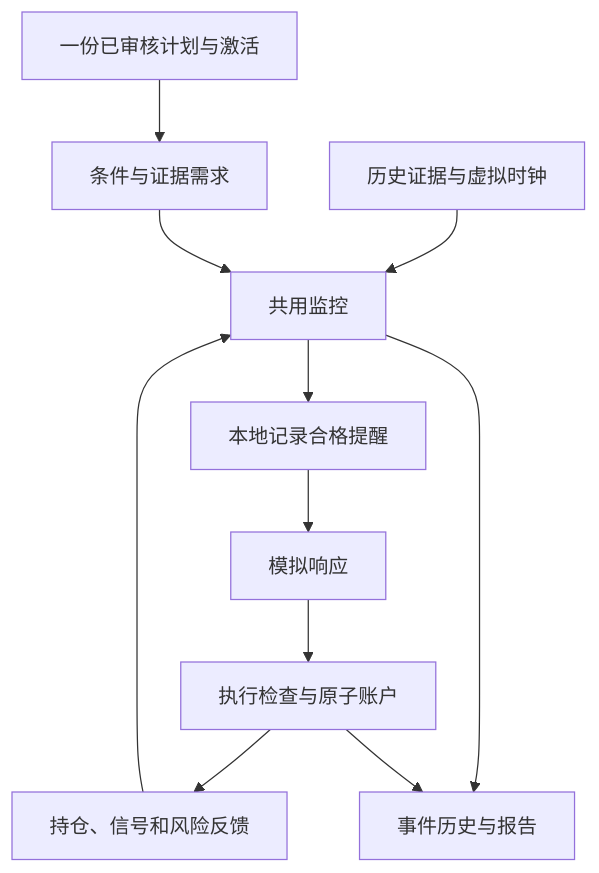
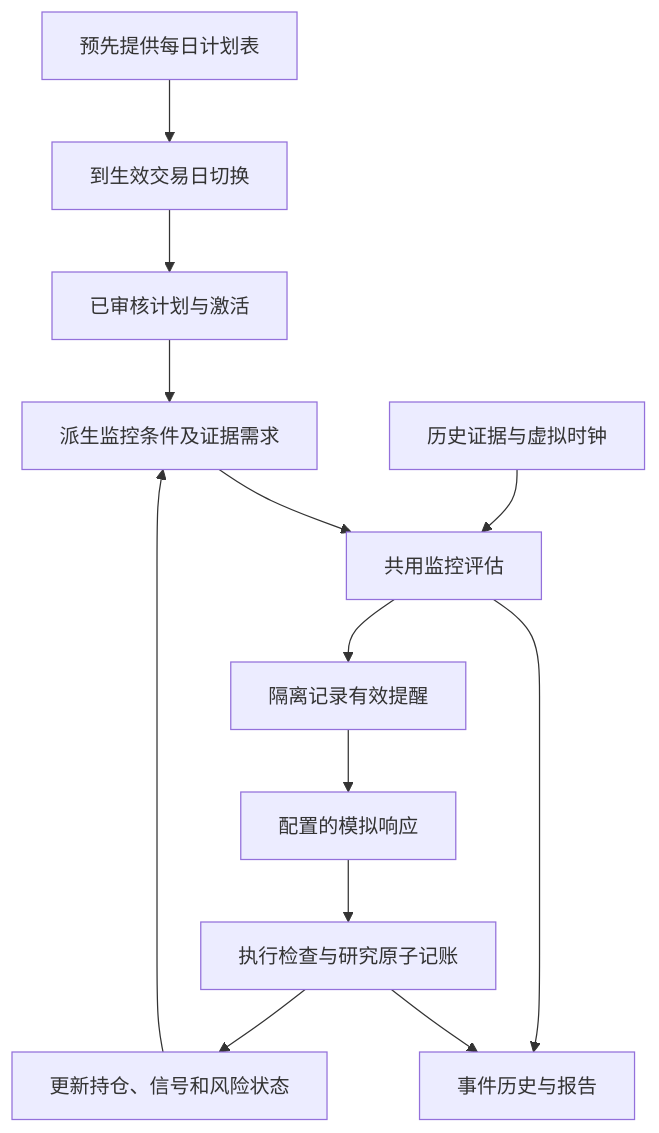
The diagram in docs/specifications/backtesting/PROPOSAL-monitor-loop-backtest.zh-CN.md (xiedc1227-bot/trade-plan-monitor), drawn with Mermaid before and after one commit. The commit also changed other lines of this file and 7 other files, not shown here.

````diff
--- a/docs/specifications/backtesting/PROPOSAL-monitor-loop-backtest.zh-CN.md
+++ b/docs/specifications/backtesting/PROPOSAL-monitor-loop-backtest.zh-CN.md
@@ -36,13 +39,15 @@
 ```mermaid
 flowchart TD
-    P[一份已审核计划与激活] --> C[条件与证据需求]
-    H[历史证据与虚拟时钟] --> M[共用监控]
+    P[已审核计划与激活] --> C[派生监控条件及证据需求]
+    H[历史证据与虚拟时钟] --> M[共用监控评估]
     C --> M
-    M --> R[本地记录合格提醒]
-    R --> A[模拟响应]
-    A --> E[执行检查与原子账户]
-    E --> U[持仓、信号和风险反馈]
-    U --> M
+    M --> R[隔离记录有效提醒]
+    R --> A[配置的模拟响应]
+    A --> E[执行检查与研究原子记账]
+    E --> U[更新持仓、信号和风险状态]
+    U --> C
+    V[预先提供每日计划表] --> T[到生效交易日切换]
+    T --> P
     M --> J[事件历史与报告]
     E --> J
 ```
````
